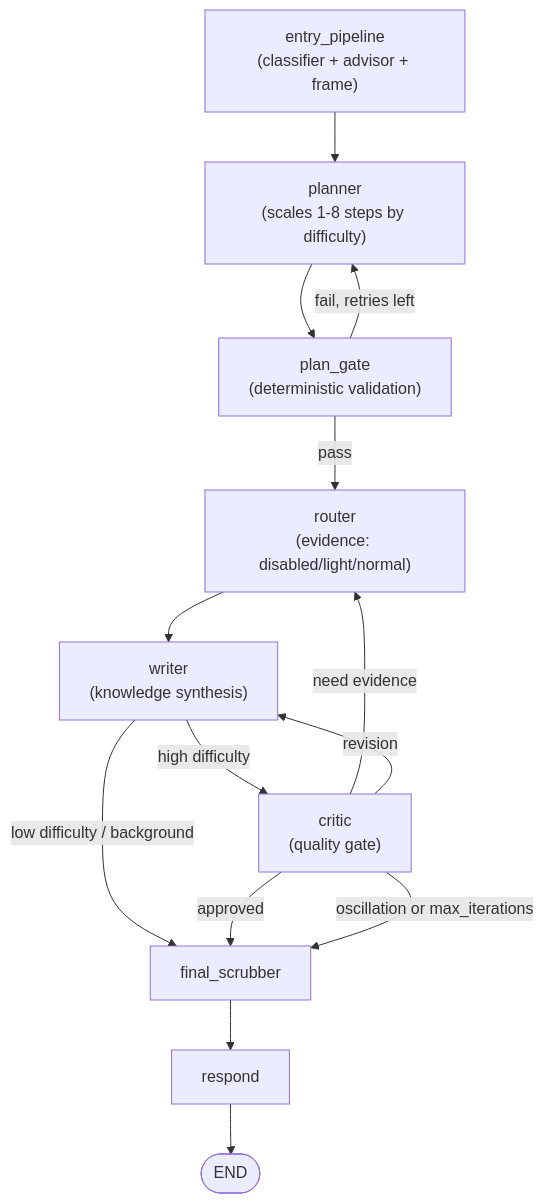
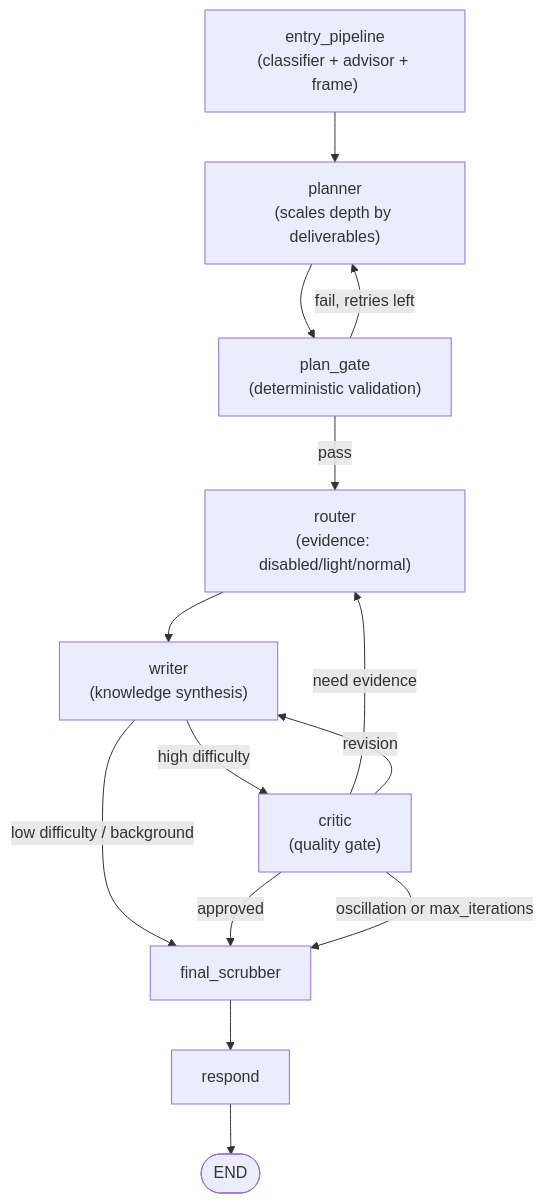
Before and after one commit to supernovae/synesis: the diagram in docs/WORKFLOW.md, drawn with Mermaid. The commit also changed other lines of this file and 1 other file, not shown here.

First line of the commit message:
fix(planner): uncap section count — let deliverables drive plan size

````diff
--- a/docs/WORKFLOW.md
+++ b/docs/WORKFLOW.md
@@ -60,16 +60,16 @@
 ```mermaid
 flowchart TD
-    EP["entry_pipeline\n(classifier + advisor + frame)"] --> PL["planner\n(scales 1-8 steps by difficulty)"]
+    EP["entry_pipeline\n(classifier + advisor + frame)"] --> PL["planner\n(scales depth by deliverables)"]
     PL --> PG["plan_gate\n(deterministic validation)"]
     PG -->|"fail, retries left"| PL
     PG -->|pass| RT["router\n(evidence: disabled/light/normal)"]
     RT --> WR["writer\n(knowledge synthesis)"]
     WR -->|"high difficulty"| CR["critic\n(quality gate)"]
     WR -->|"low difficulty / background"| FS["final_scrubber"]
     CR -->|approved| FS
     CR -->|"need evidence"| RT
     CR -->|revision| WR
     CR -->|"oscillation or max_iterations"| FS
     FS --> RS["respond"]
     RS --> endNode([END])
 ```
````
